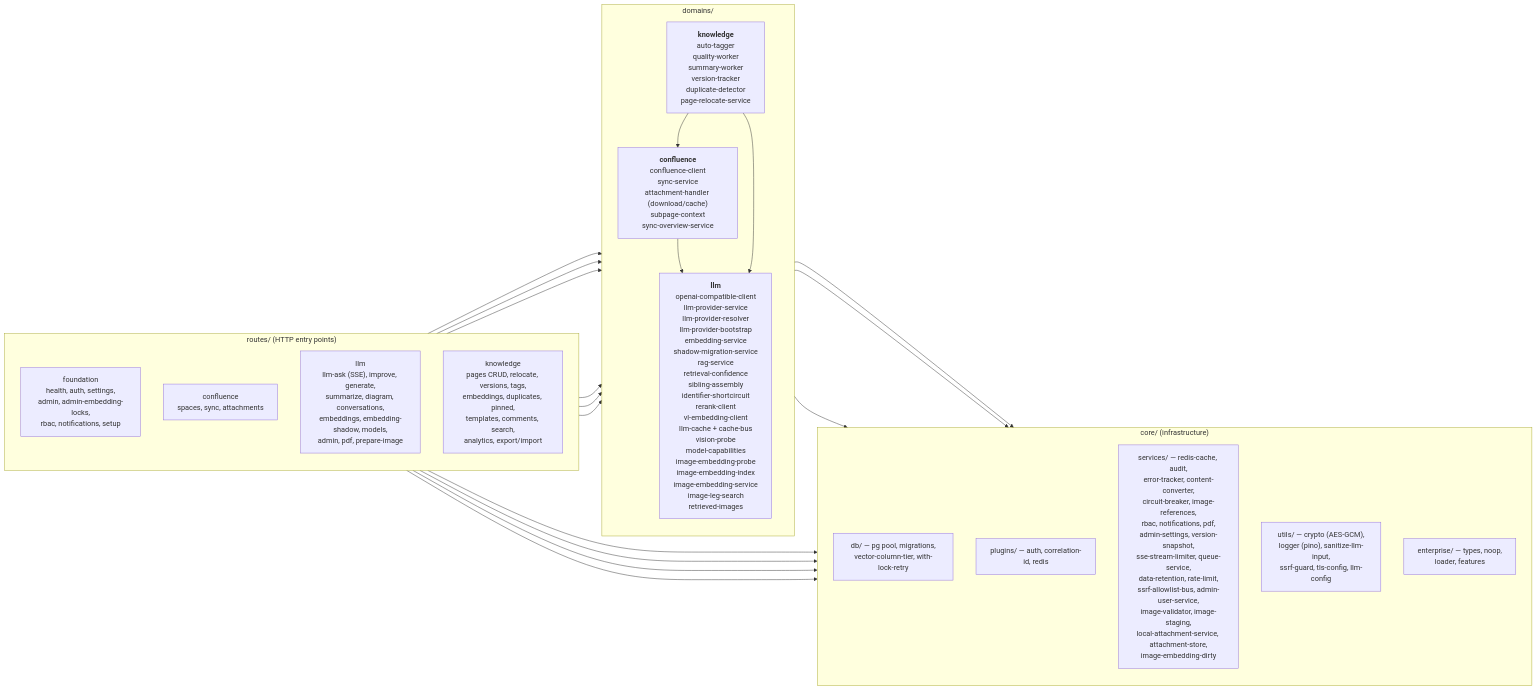
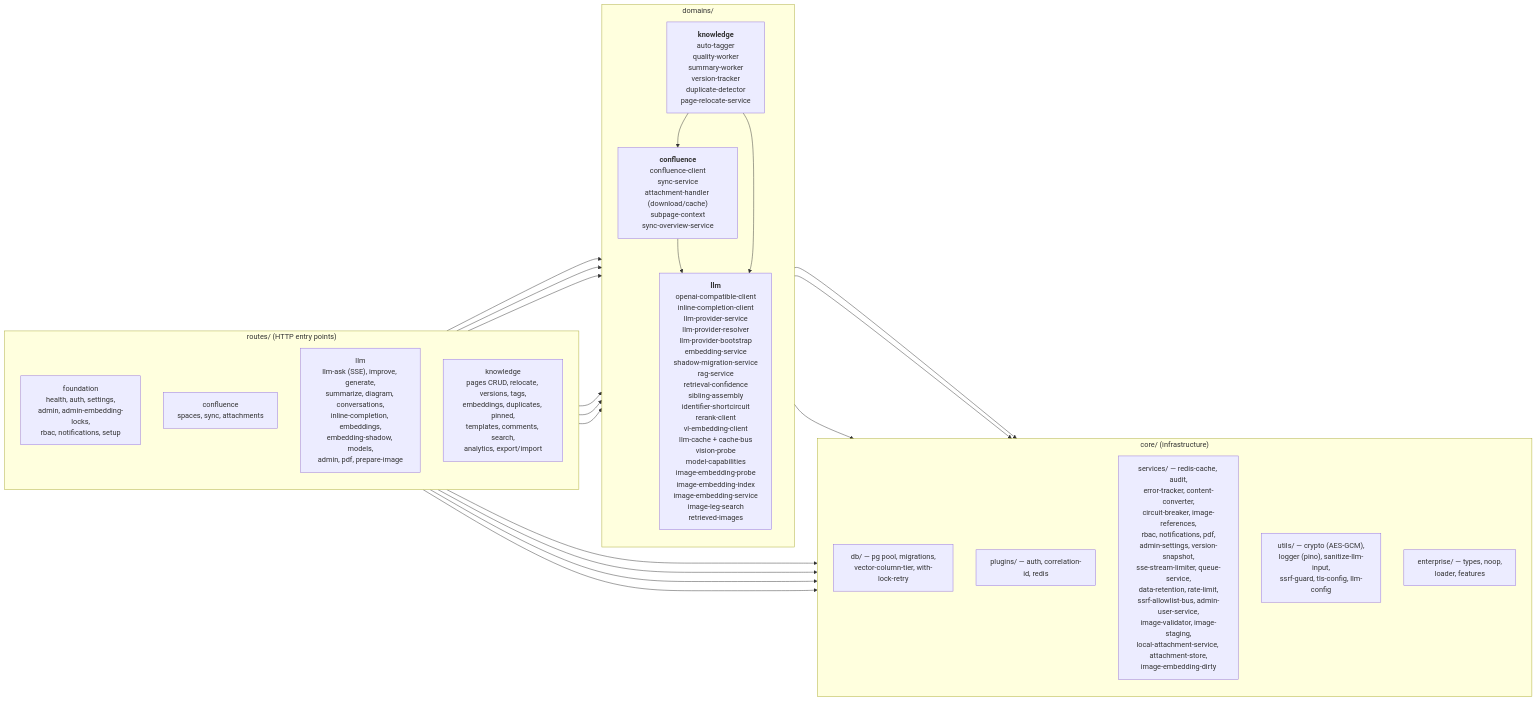
Before and after one commit to Compendiq/compendiq-ce: the first of 3 diagrams in docs/architecture/03-backend-domains.md, drawn with Mermaid. The commit also changed other lines of this file and 46 other files, not shown here.

Commit message:
feat(editor): add AI inline completion

````diff
--- a/docs/architecture/03-backend-domains.md
+++ b/docs/architecture/03-backend-domains.md
@@ -9,44 +9,44 @@
 ```mermaid
 flowchart LR
     subgraph routes["routes/ (HTTP entry points)"]
         direction TB
         rF["foundation<br/>health, auth, settings,<br/>admin, admin-embedding-locks,<br/>rbac, notifications, setup"]
         rC["confluence<br/>spaces, sync, attachments"]
-        rL["llm<br/>llm-ask (SSE), improve, generate,<br/>summarize, diagram, conversations,<br/>embeddings, embedding-shadow, models,<br/>admin, pdf, prepare-image"]
+        rL["llm<br/>llm-ask (SSE), improve, generate,<br/>summarize, diagram, conversations,<br/>inline-completion, embeddings,<br/>embedding-shadow, models,<br/>admin, pdf, prepare-image"]
         rK["knowledge<br/>pages CRUD, relocate, versions, tags,<br/>embeddings, duplicates, pinned,<br/>templates, comments, search,<br/>analytics, export/import"]
     end
 
     subgraph domains["domains/"]
         direction TB
         dC["<b>confluence</b><br/>confluence-client<br/>sync-service<br/>attachment-handler (download/cache)<br/>subpage-context<br/>sync-overview-service"]
-        dL["<b>llm</b><br/>openai-compatible-client<br/>llm-provider-service<br/>llm-provider-resolver<br/>llm-provider-bootstrap<br/>embedding-service<br/>shadow-migration-service<br/>rag-service<br/>retrieval-confidence<br/>sibling-assembly<br/>identifier-shortcircuit<br/>rerank-client<br/>vl-embedding-client<br/>llm-cache + cache-bus<br/>vision-probe<br/>model-capabilities<br/>image-embedding-probe<br/>image-embedding-index<br/>image-embedding-service<br/>image-leg-search<br/>retrieved-images"]
+        dL["<b>llm</b><br/>openai-compatible-client<br/>inline-completion-client<br/>llm-provider-service<br/>llm-provider-resolver<br/>llm-provider-bootstrap<br/>embedding-service<br/>shadow-migration-service<br/>rag-service<br/>retrieval-confidence<br/>sibling-assembly<br/>identifier-shortcircuit<br/>rerank-client<br/>vl-embedding-client<br/>llm-cache + cache-bus<br/>vision-probe<br/>model-capabilities<br/>image-embedding-probe<br/>image-embedding-index<br/>image-embedding-service<br/>image-leg-search<br/>retrieved-images"]
         dK["<b>knowledge</b><br/>auto-tagger<br/>quality-worker<br/>summary-worker<br/>version-tracker<br/>duplicate-detector<br/>page-relocate-service"]
     end
 
     subgraph core["core/ (infrastructure)"]
         direction TB
         cDB["db/ — pg pool, migrations,<br/>vector-column-tier, with-lock-retry"]
         cPlug["plugins/ — auth, correlation-id, redis"]
         cSvc["services/ — redis-cache, audit,<br/>error-tracker, content-converter,<br/>circuit-breaker, image-references,<br/>rbac, notifications, pdf,<br/>admin-settings, version-snapshot,<br/>sse-stream-limiter, queue-service,<br/>data-retention, rate-limit,<br/>ssrf-allowlist-bus, admin-user-service,<br/>image-validator, image-staging,<br/>local-attachment-service, attachment-store,<br/>image-embedding-dirty"]
         cUtil["utils/ — crypto (AES-GCM),<br/>logger (pino), sanitize-llm-input,<br/>ssrf-guard, tls-config, llm-config"]
         cEnt["enterprise/ — types, noop,<br/>loader, features"]
     end
 
     rF --> core
     rC --> core
     rC --> dC
     rL --> core
     rL --> dL
     rL --> dC
     rK --> core
     rK --> dK
     rK --> dL
     rK --> dC
 
     dC --> core
     dC --> dL
     dL --> core
     dK --> core
     dK --> dL
     dK --> dC
 ```
````
